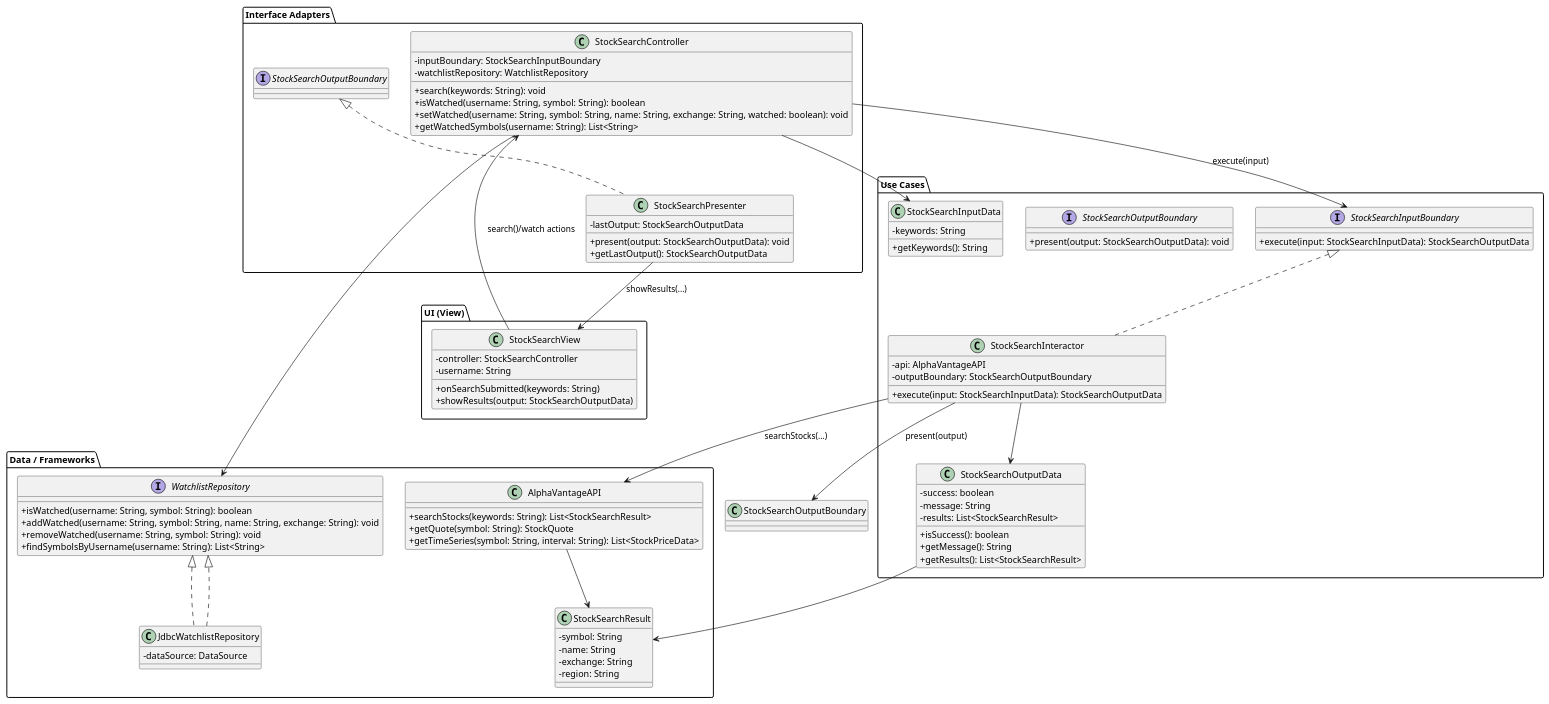
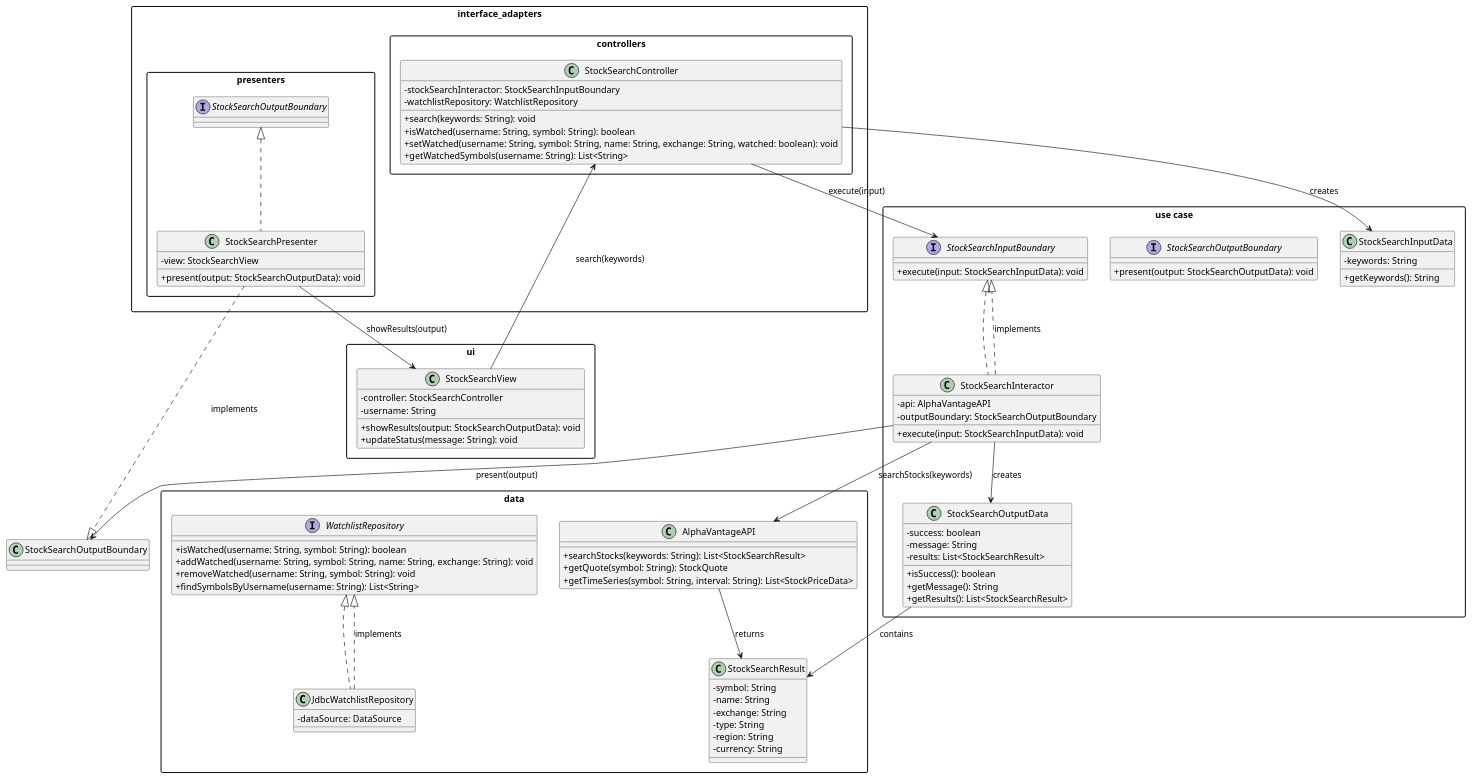
Before and after one commit to Wayne328x/Finwise: the diagram in src/main/java/use_case/stocksearch/StockSearch.puml, drawn with PlantUML. The commit also changed 1 other file, not shown here.

Commit message:
uml update and reorganize

```diff
--- a/src/main/java/use_case/stocksearch/StockSearch.puml
+++ b/src/main/java/use_case/stocksearch/StockSearch.puml
@@ -1,109 +1,124 @@
 @startuml
 skinparam classAttributeIconSize 0
+skinparam packageStyle rectangle
 
-package "UI (View)" {
+' UI Layer
+package "ui" {
   class StockSearchView {
     - controller: StockSearchController
     - username: String
-    + onSearchSubmitted(keywords: String)
-    + showResults(output: StockSearchOutputData)
+    + showResults(output: StockSearchOutputData): void
+    + updateStatus(message: String): void
   }
 }
 
-package "Interface Adapters" {
+' Interface Adapters Layer
+package "interface_adapters.controllers" {
   class StockSearchController {
-    - inputBoundary: StockSearchInputBoundary
+    - stockSearchInteractor: StockSearchInputBoundary
     - watchlistRepository: WatchlistRepository
     + search(keywords: String): void
     + isWatched(username: String, symbol: String): boolean
     + setWatched(username: String, symbol: String, name: String, exchange: String, watched: boolean): void
     + getWatchedSymbols(username: String): List<String>
   }
+}
 
+package "interface_adapters.presenters" {
   class StockSearchPresenter implements StockSearchOutputBoundary {
-    - lastOutput: StockSearchOutputData
+    - view: StockSearchView
     + present(output: StockSearchOutputData): void
-    + getLastOutput(): StockSearchOutputData
   }
 }
 
-package "Use Cases" {
+' Use Cases Layer
+package "use case" {
   interface StockSearchInputBoundary {
-    + execute(input: StockSearchInputData): StockSearchOutputData
+    + execute(input: StockSearchInputData): void
   }
 
   interface StockSearchOutputBoundary {
     + present(output: StockSearchOutputData): void
   }
 
   class StockSearchInteractor implements StockSearchInputBoundary {
     - api: AlphaVantageAPI
     - outputBoundary: StockSearchOutputBoundary
-    + execute(input: StockSearchInputData): StockSearchOutputData
+    + execute(input: StockSearchInputData): void
   }
 
   class StockSearchInputData {
     - keywords: String
     + getKeywords(): String
   }
 
   class StockSearchOutputData {
     - success: boolean
     - message: String
     - results: List<StockSearchResult>
     + isSuccess(): boolean
     + getMessage(): String
     + getResults(): List<StockSearchResult>
   }
 }
 
-package "Data / Frameworks" {
+' Data / Frameworks Layer
+package "data" {
   class AlphaVantageAPI {
     + searchStocks(keywords: String): List<StockSearchResult>
     + getQuote(symbol: String): StockQuote
     + getTimeSeries(symbol: String, interval: String): List<StockPriceData>
   }
 
   class StockSearchResult {
     - symbol: String
     - name: String
     - exchange: String
+    - type: String
     - region: String
+    - currency: String
   }
 
   interface WatchlistRepository {
     + isWatched(username: String, symbol: String): boolean
     + addWatched(username: String, symbol: String, name: String, exchange: String): void
     + removeWatched(username: String, symbol: String): void
     + findSymbolsByUsername(username: String): List<String>
   }
 
   class JdbcWatchlistRepository implements WatchlistRepository {
     - dataSource: DataSource
   }
 }
 
-' ===== Dependencies (Clean Architecture flow) =====
+' ===== Clean Architecture Flow =====
+' Flow: Controller → Interactor → Data Access + Presenter → View
 
-' View -> Controller
-StockSearchView --> StockSearchController : search()/watch actions
+' Step 1: View → Controller
+StockSearchView --> StockSearchController : search(keywords)
 
-' Controller -> Input Boundary + DTOs + Repository
+' Step 2: Controller → Interactor
 StockSearchController --> StockSearchInputBoundary : execute(input)
-StockSearchController --> StockSearchInputData
-StockSearchController --> WatchlistRepository
+StockSearchController --> StockSearchInputData : creates
 
-' Interactor -> API + Output Data + Output Boundary
-StockSearchInteractor --> AlphaVantageAPI : searchStocks(...)
-StockSearchInteractor --> StockSearchOutputData
-StockSearchOutputData --> StockSearchResult
+' Step 3: Interactor → Data Access
+StockSearchInteractor --> AlphaVantageAPI : searchStocks(keywords)
+
+' Step 4: Interactor → Presenter (via Output Boundary)
 StockSearchInteractor --> StockSearchOutputBoundary : present(output)
+StockSearchInteractor --> StockSearchOutputData : creates
 
-' Presenter -> View
-StockSearchPresenter --> StockSearchView : showResults(...)
+' Step 5: Presenter → View
+StockSearchPresenter --> StockSearchView : showResults(output)
 
-' Concrete data implementation
-JdbcWatchlistRepository ..|> WatchlistRepository
-AlphaVantageAPI --> StockSearchResult
+' Additional dependencies
+StockSearchOutputData --> StockSearchResult : contains
+StockSearchPresenter ..|> StockSearchOutputBoundary : implements
+StockSearchInteractor ..|> StockSearchInputBoundary : implements
+JdbcWatchlistRepository ..|> WatchlistRepository : implements
+AlphaVantageAPI --> StockSearchResult : returns
+
+' Note: StockSearchResult is an inner class of AlphaVantageAPI
+
 
 @enduml
```
